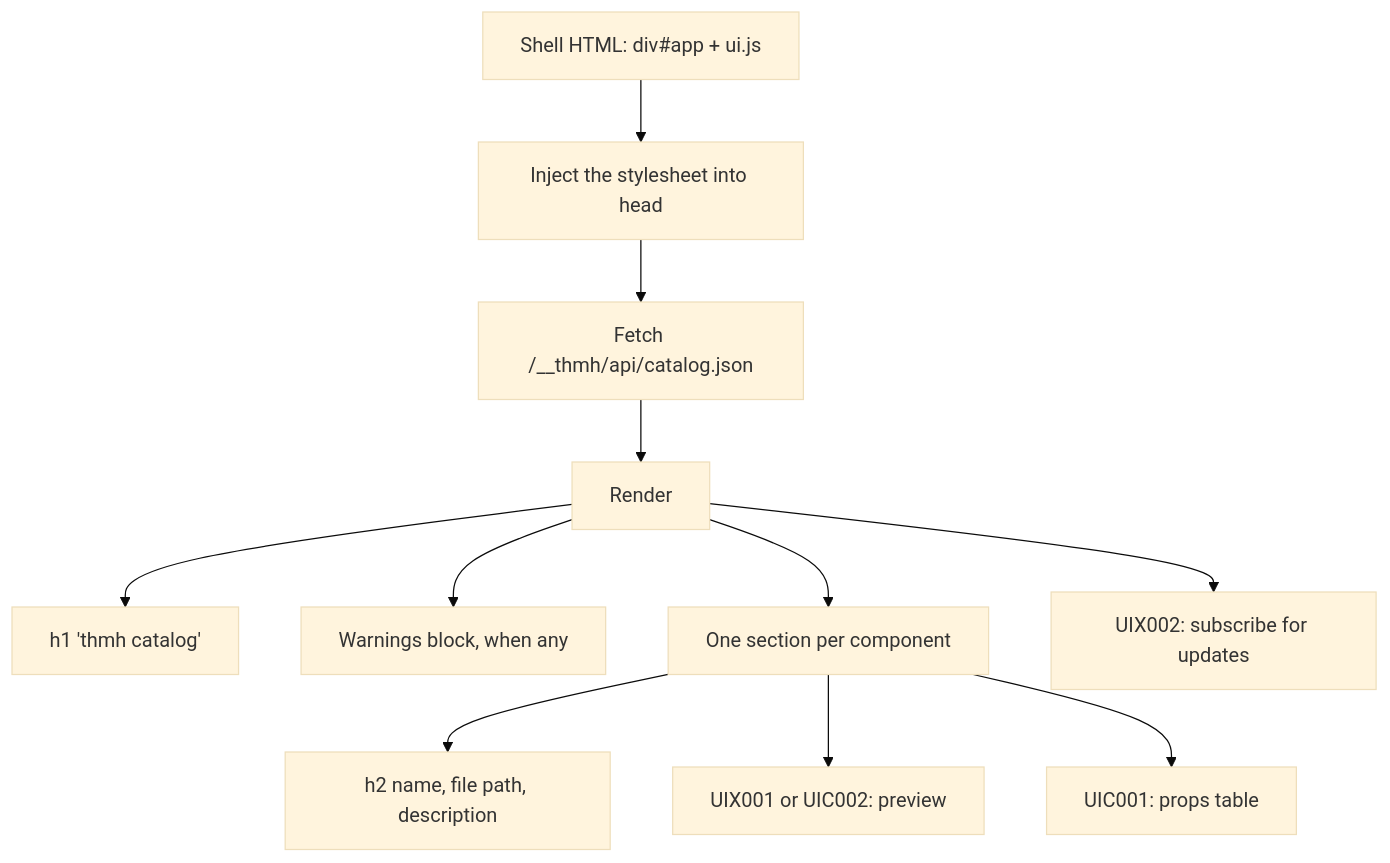
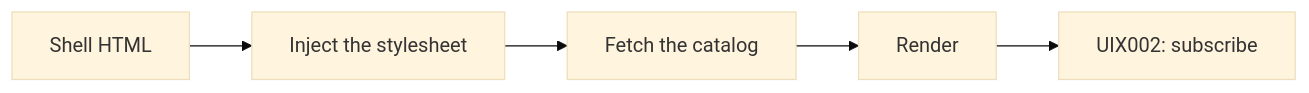
Before and after one commit to haribote/thmh: the diagram in docs/ui/UIP001_catalog-page.md, drawn with Mermaid (base theme). The commit also changed other lines of this file and 2 other files, not shown here.

Commit message:
docs(ui): add layout wireframes and say when to draw one

````diff
--- a/docs/ui/UIP001_catalog-page.md
+++ b/docs/ui/UIP001_catalog-page.md
@@ -26,13 +57,7 @@
 ```mermaid
-flowchart TD
-    S["Shell HTML: div#app + ui.js"] --> B["Inject the stylesheet into head"]
-    B --> F["Fetch /__thmh/api/catalog.json"]
+flowchart LR
+    S["Shell HTML"] --> B["Inject the stylesheet"]
+    B --> F["Fetch the catalog"]
     F --> R["Render"]
-    R --> H["h1 'thmh catalog'"]
-    R --> W["Warnings block, when any"]
-    R --> L["One section per component"]
-    L --> N["h2 name, file path, description"]
-    L --> P["UIX001 or UIC002: preview"]
-    L --> T["UIC001: props table"]
-    R --> E["UIX002: subscribe for updates"]
+    R --> E["UIX002: subscribe"]
 ```
````
